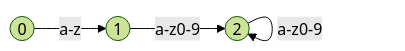
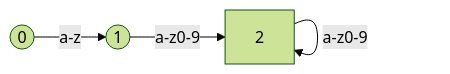
The second of 3 diagrams in _posts/2023-04-29-Scanning-compilerbook.md (cangye-ma/cangye-ma.github.io), drawn with Mermaid (forest theme) before and after one commit. The commit also changed other lines of this file, not shown here.

````diff
--- a/_posts/2023-04-29-Scanning-compilerbook.md
+++ b/_posts/2023-04-29-Scanning-compilerbook.md
@@ -121,5 +121,5 @@
 ```mermaid
 flowchart LR
-    A((0)) -- a-z --> B((1)) -- a-z0-9 --> C((2))
-    C((2)) -- a-z0-9 --> C((2))
+    A((0)) -- a-z --> B((1)) -- a-z0-9 --> C[2]
+    C[2] -- a-z0-9 --> C[2]
 ```
````
